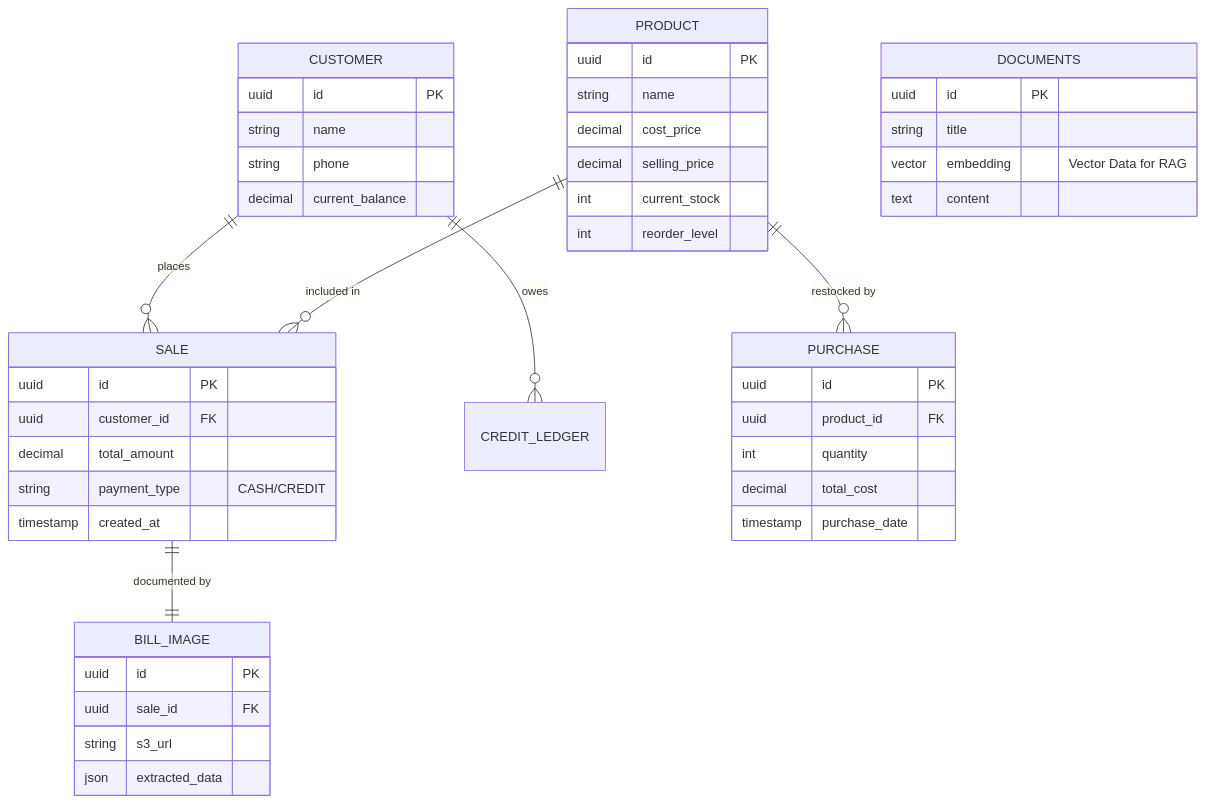
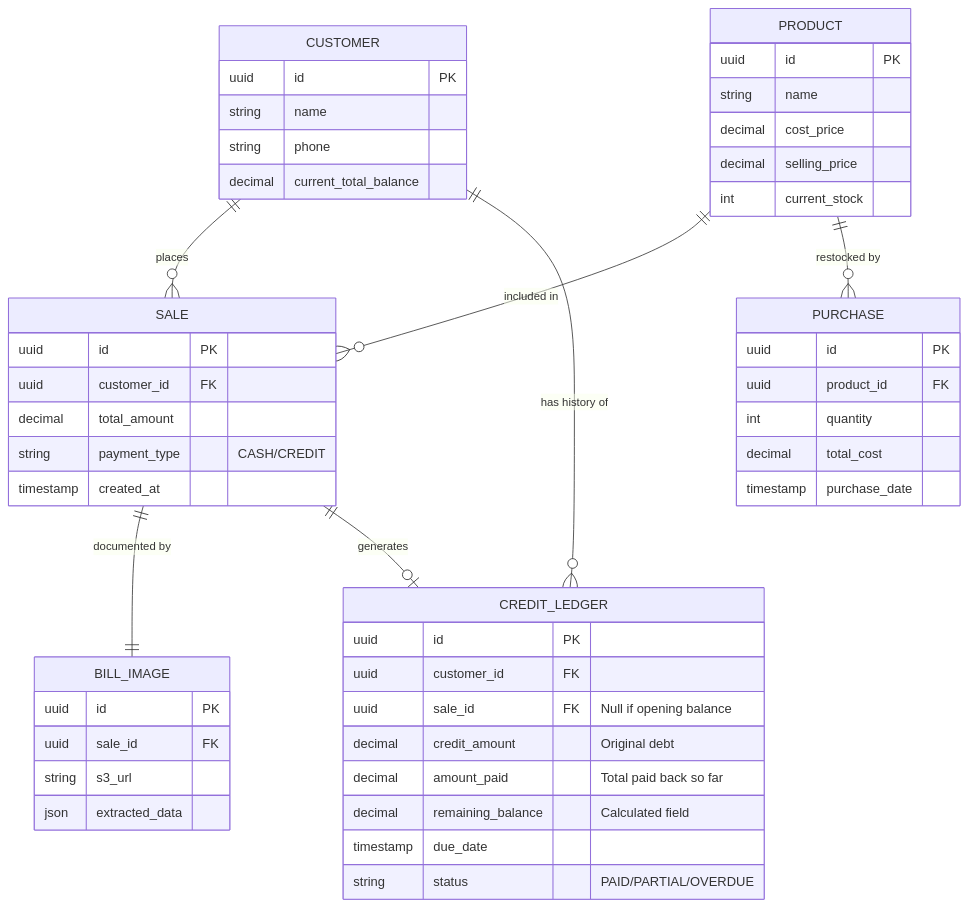
The first of 2 diagrams in README.md (nandalalsun/SmartFarm-AI), drawn with Mermaid before and after one commit.

Commit message:
Revise ER diagram and update CREDIT_LEDGER entity
Updated the entity relationships and fields in the ER diagram. Removed the DOCUMENTS entity and added CREDIT_LEDGER with relevant fields.

````diff
--- a/README.md
+++ b/README.md
@@ -26,54 +26,58 @@
 ```mermaid
 erDiagram
     CUSTOMER ||--o{ SALE : "places"
-    CUSTOMER ||--o{ CREDIT_LEDGER : "owes"
+    CUSTOMER ||--o{ CREDIT_LEDGER : "has history of"
     PRODUCT ||--o{ SALE : "included in"
     PRODUCT ||--o{ PURCHASE : "restocked by"
     SALE ||--|| BILL_IMAGE : "documented by"
+    SALE ||--o| CREDIT_LEDGER : "generates"
     
     CUSTOMER {
         uuid id PK
         string name
         string phone
-        decimal current_balance
+        decimal current_total_balance
     }
 
     PRODUCT {
         uuid id PK
         string name
         decimal cost_price
         decimal selling_price
         int current_stock
-        int reorder_level
     }
 
     SALE {
         uuid id PK
         uuid customer_id FK
         decimal total_amount
         string payment_type "CASH/CREDIT"
         timestamp created_at
+    }
+
+    CREDIT_LEDGER {
+        uuid id PK
+        uuid customer_id FK
+        uuid sale_id FK "Null if opening balance"
+        decimal credit_amount "Original debt"
+        decimal amount_paid "Total paid back so far"
+        decimal remaining_balance "Calculated field"
+        timestamp due_date
+        string status "PAID/PARTIAL/OVERDUE"
     }
 
     PURCHASE {
         uuid id PK
         uuid product_id FK
         int quantity
         decimal total_cost
         timestamp purchase_date
     }
 
     BILL_IMAGE {
         uuid id PK
         uuid sale_id FK
         string s3_url
         json extracted_data
     }
-
-    DOCUMENTS {
-        uuid id PK
-        string title
-        vector embedding "Vector Data for RAG"
-        text content
-    }
 ```
````
